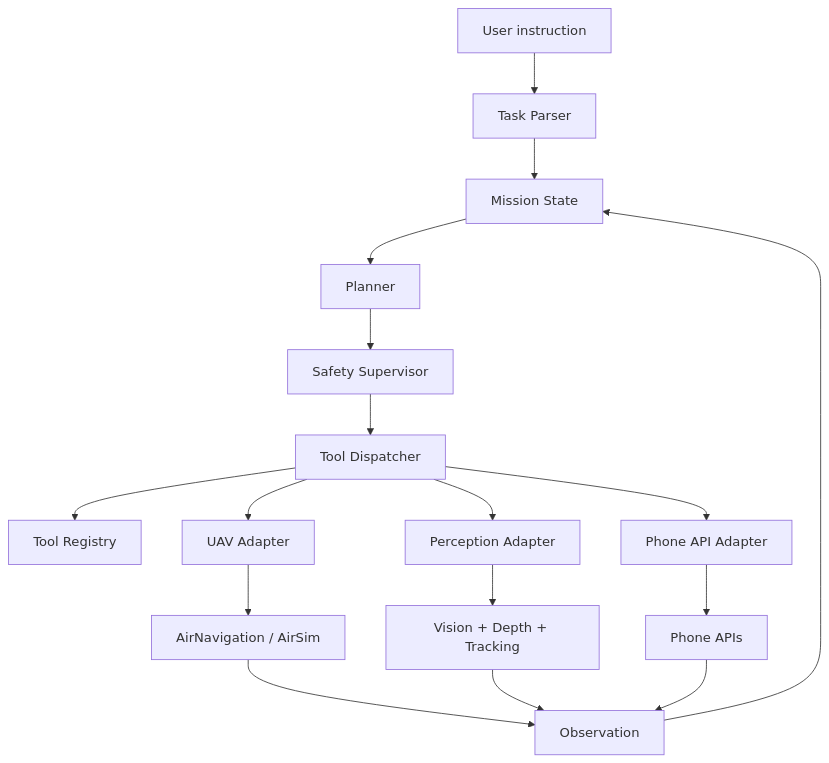
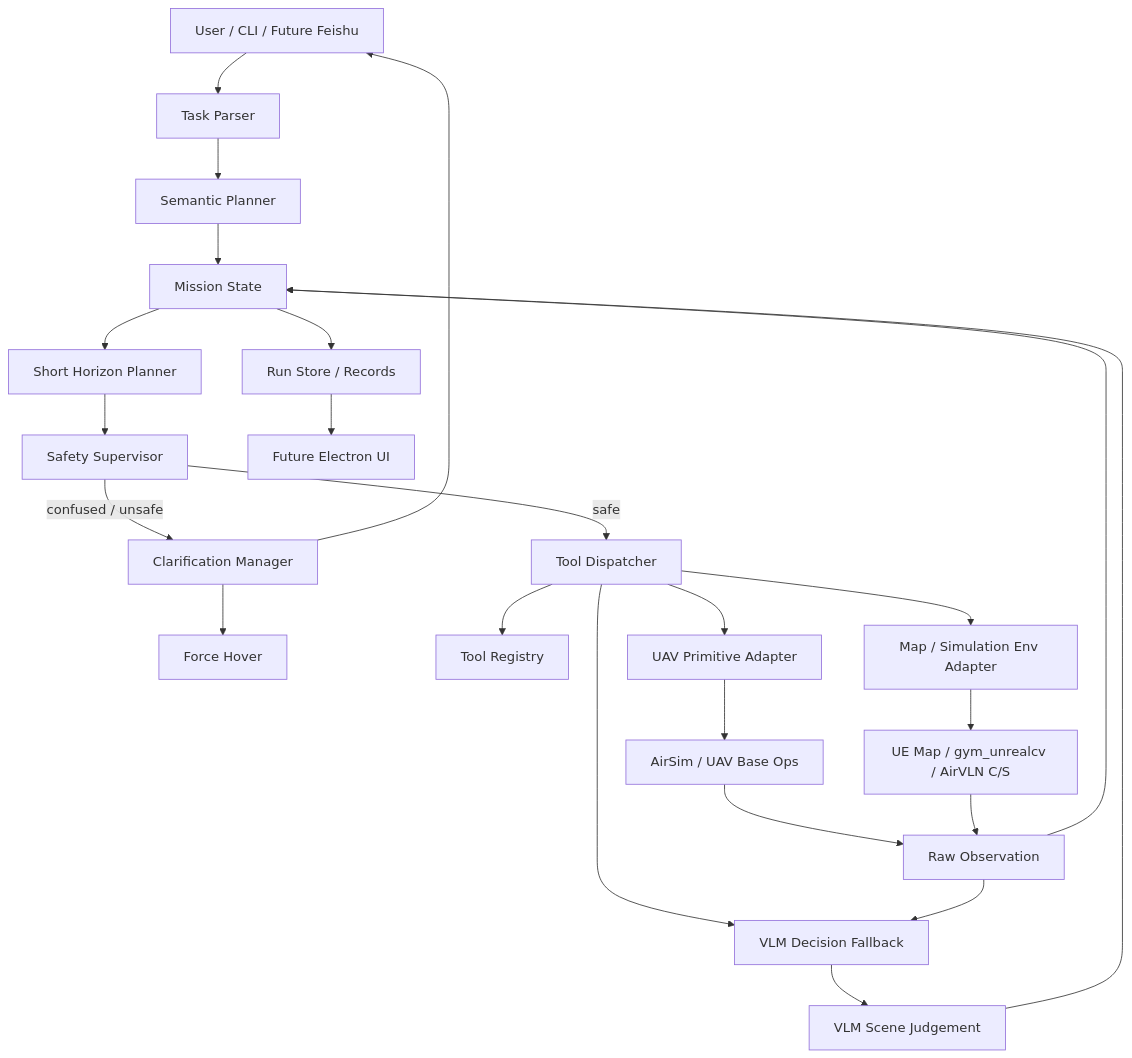
One commit to LZ6years/AeroPilot changed the diagram in docs/architecture.md. Above: the diagram before and after it, drawn with Mermaid. The commit also changed other lines of this file and 10 other files, not shown here.

Commit message:
Refine VLM-first MVP architecture docs

````diff
--- a/docs/architecture.md
+++ b/docs/architecture.md
@@ -17,19 +19,26 @@
 ```mermaid
 flowchart TD
-    U["User instruction"] --> TP["Task Parser"]
-    TP --> MS["Mission State"]
-    MS --> PL["Planner"]
-    PL --> SS["Safety Supervisor"]
-    SS --> TD["Tool Dispatcher"]
+    U["User / CLI / Future Feishu"] --> TP["Task Parser"]
+    TP --> SP["Semantic Planner"]
+    SP --> MS["Mission State"]
+    MS --> HP["Short Horizon Planner"]
+    HP --> SS["Safety Supervisor"]
+    SS -->|safe| TD["Tool Dispatcher"]
+    SS -->|confused / unsafe| CM["Clarification Manager"]
+    CM --> UAVH["Force Hover"]
+    CM --> U
     TD --> TR["Tool Registry"]
-    TD --> UAV["UAV Adapter"]
-    TD --> P["Perception Adapter"]
-    TD --> PH["Phone API Adapter"]
-    UAV --> AS["AirNavigation / AirSim"]
-    P --> V["Vision + Depth + Tracking"]
-    PH --> PHONE["Phone APIs"]
-    AS --> OBS["Observation"]
-    V --> OBS
-    PHONE --> OBS
+    TD --> UAV["UAV Primitive Adapter"]
+    TD --> ENV["Map / Simulation Env Adapter"]
+    TD --> VLM["VLM Decision Fallback"]
+    UAV --> SIM["AirSim / UAV Base Ops"]
+    ENV --> MAP["UE Map / gym_unrealcv / AirVLN C/S"]
+    SIM --> OBS["Raw Observation"]
+    MAP --> OBS
+    OBS --> VLM
+    VLM --> VJ["VLM Scene Judgement"]
+    VJ --> MS
     OBS --> MS
+    MS --> RR["Run Store / Records"]
+    RR --> UI["Future Electron UI"]
 ```
````
